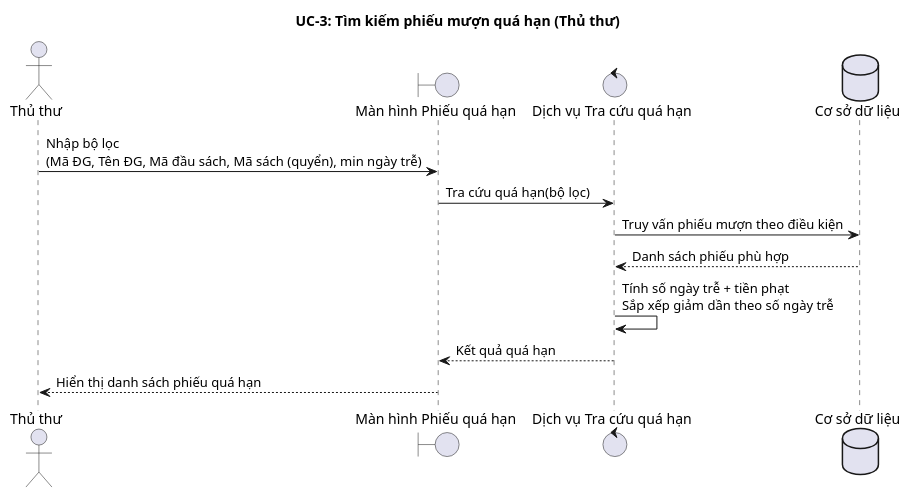
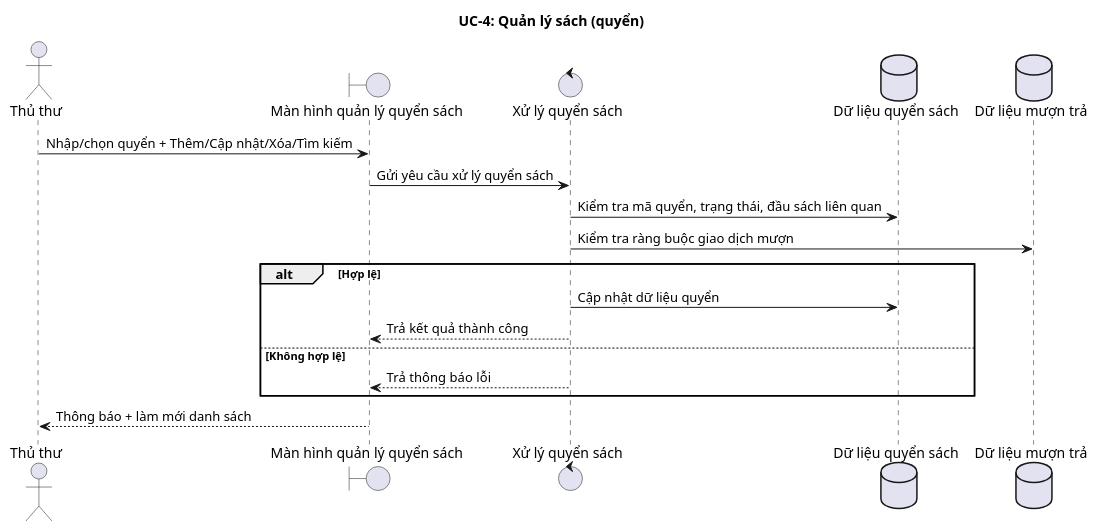
Before and after one commit to TienDungwork/Nhom3_PTTK-HTTT: the fourth of 14 diagrams in docs/SEQUENCE_UC_DA_LAM.md, drawn with PlantUML. The commit also changed other lines of this file and 22 other files, not shown here.

````diff
--- a/docs/SEQUENCE_UC_DA_LAM.md
+++ b/docs/SEQUENCE_UC_DA_LAM.md
@@ -80,18 +104,25 @@
 ```puml
 @startuml
-title UC-3: Tìm kiếm phiếu mượn quá hạn (Thủ thư)
+title UC-4: Quản lý sách (quyển)
 
 actor ThuThu as "Thủ thư"
-boundary OverdueUI as "Màn hình Phiếu quá hạn"
-control OverdueService as "Dịch vụ Tra cứu quá hạn"
-database BorrowDB as "Cơ sở dữ liệu"
+boundary ManHinhQuyenSach as "Màn hình quản lý quyển sách"
+control XuLyQuyenSach as "Xử lý quyển sách"
+database DuLieuQuyenSach as "Dữ liệu quyển sách"
+database DuLieuMuonTra as "Dữ liệu mượn trả"
 
-ThuThu -> OverdueUI: Nhập bộ lọc\n(Mã ĐG, Tên ĐG, Mã đầu sách, Mã sách (quyển), min ngày trễ)
-OverdueUI -> OverdueService: Tra cứu quá hạn(bộ lọc)
-OverdueService -> BorrowDB: Truy vấn phiếu mượn theo điều kiện
-BorrowDB --> OverdueService: Danh sách phiếu phù hợp
-OverdueService -> OverdueService: Tính số ngày trễ + tiền phạt\nSắp xếp giảm dần theo số ngày trễ
-OverdueService --> OverdueUI: Kết quả quá hạn
-OverdueUI --> ThuThu: Hiển thị danh sách phiếu quá hạn
+ThuThu -> ManHinhQuyenSach: Nhập/chọn quyển + Thêm/Cập nhật/Xóa/Tìm kiếm
+ManHinhQuyenSach -> XuLyQuyenSach: Gửi yêu cầu xử lý quyển sách
+XuLyQuyenSach -> DuLieuQuyenSach: Kiểm tra mã quyển, trạng thái, đầu sách liên quan
+XuLyQuyenSach -> DuLieuMuonTra: Kiểm tra ràng buộc giao dịch mượn
+
+alt Hợp lệ
+  XuLyQuyenSach -> DuLieuQuyenSach: Cập nhật dữ liệu quyển
+  XuLyQuyenSach --> ManHinhQuyenSach: Trả kết quả thành công
+else Không hợp lệ
+  XuLyQuyenSach --> ManHinhQuyenSach: Trả thông báo lỗi
+end
+
+ManHinhQuyenSach --> ThuThu: Thông báo + làm mới danh sách
 @enduml
 ```
````
